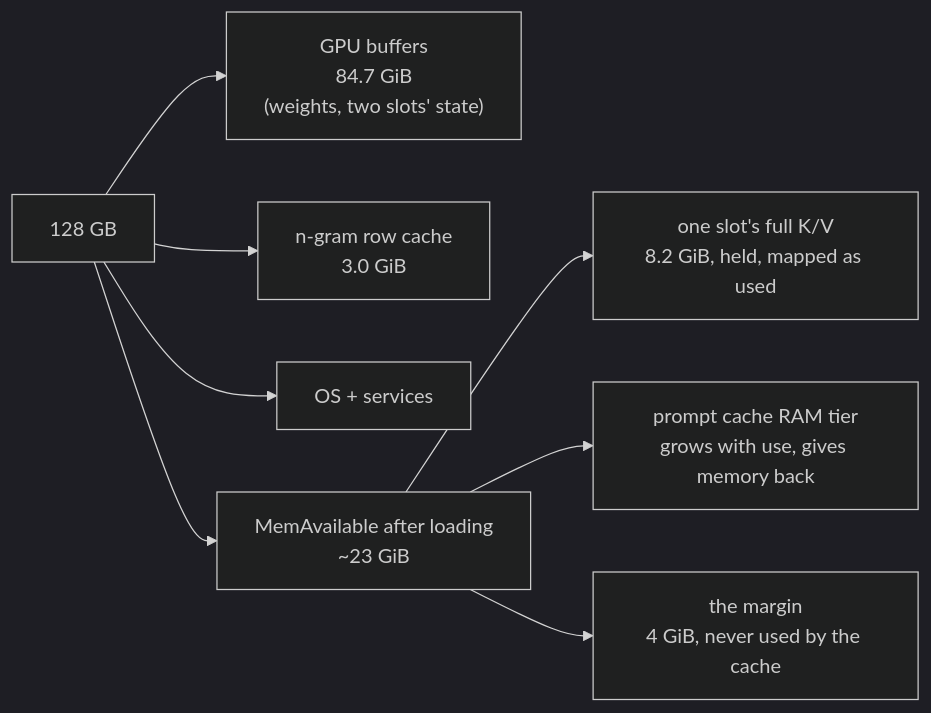
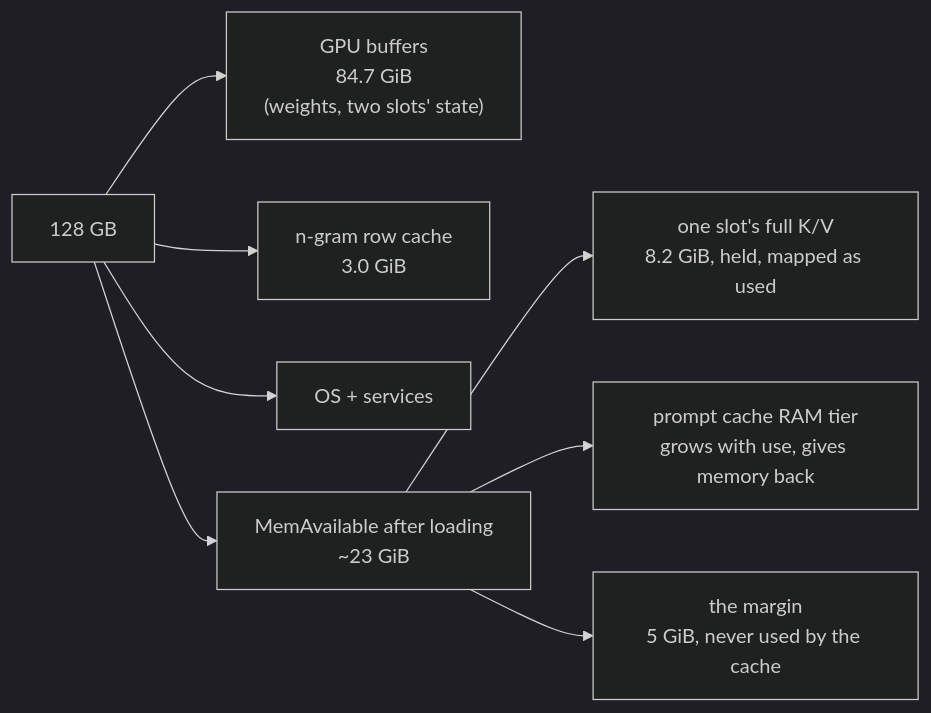
One commit to Cheblan/fastasfuck changed the first of 2 diagrams in docs/memory.md. Above: the diagram before and after it, drawn with Mermaid (dark theme). The commit also changed other lines of this file and 4 other files, not shown here.

````diff
--- a/docs/memory.md
+++ b/docs/memory.md
@@ -49,10 +49,10 @@
 ```mermaid
 flowchart LR
     total["128 GB"] --> gpu["GPU buffers<br/>84.7 GiB<br/>(weights, two slots' state)"]
     total --> rows["n-gram row cache<br/>3.0 GiB"]
     total --> os["OS + services"]
     total --> avail["MemAvailable after loading<br/>~23 GiB"]
     avail --> kv["one slot's full K/V<br/>8.2 GiB, held, mapped as used"]
     avail --> tier["prompt cache RAM tier<br/>grows with use, gives memory back"]
-    avail --> margin["the margin<br/>4 GiB, never used by the cache"]
+    avail --> margin["the margin<br/>5 GiB, never used by the cache"]
 ```
````
